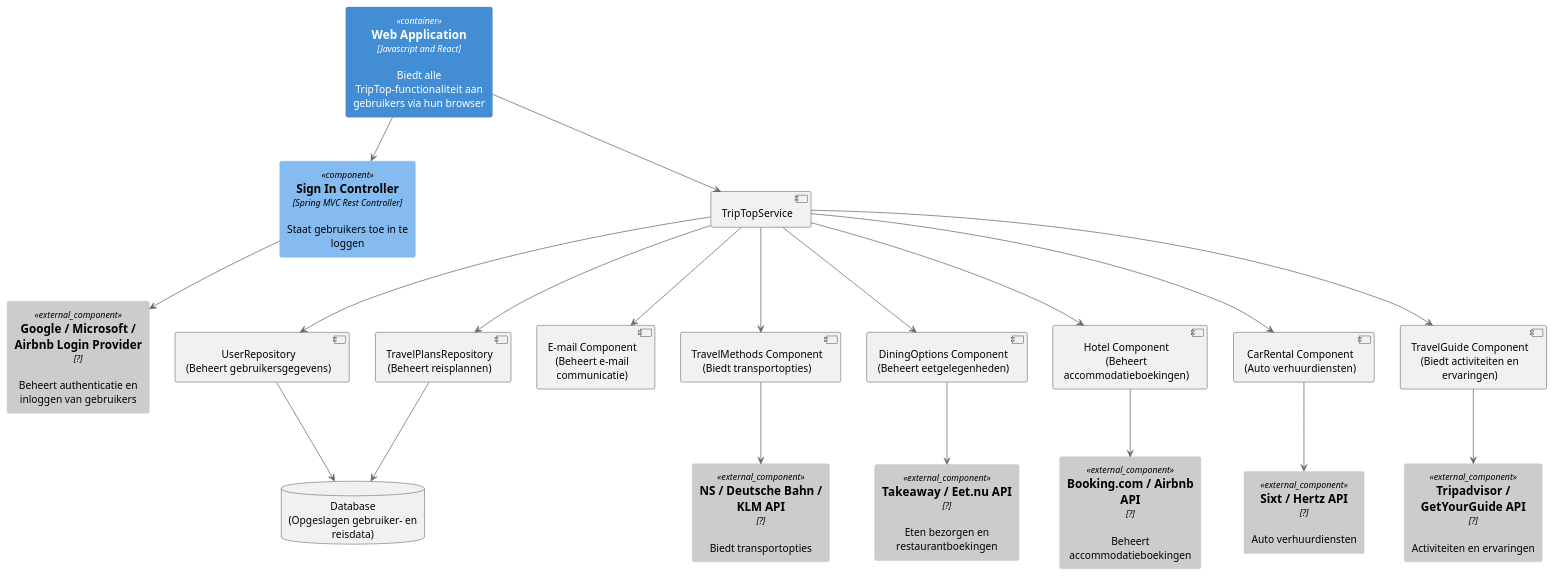
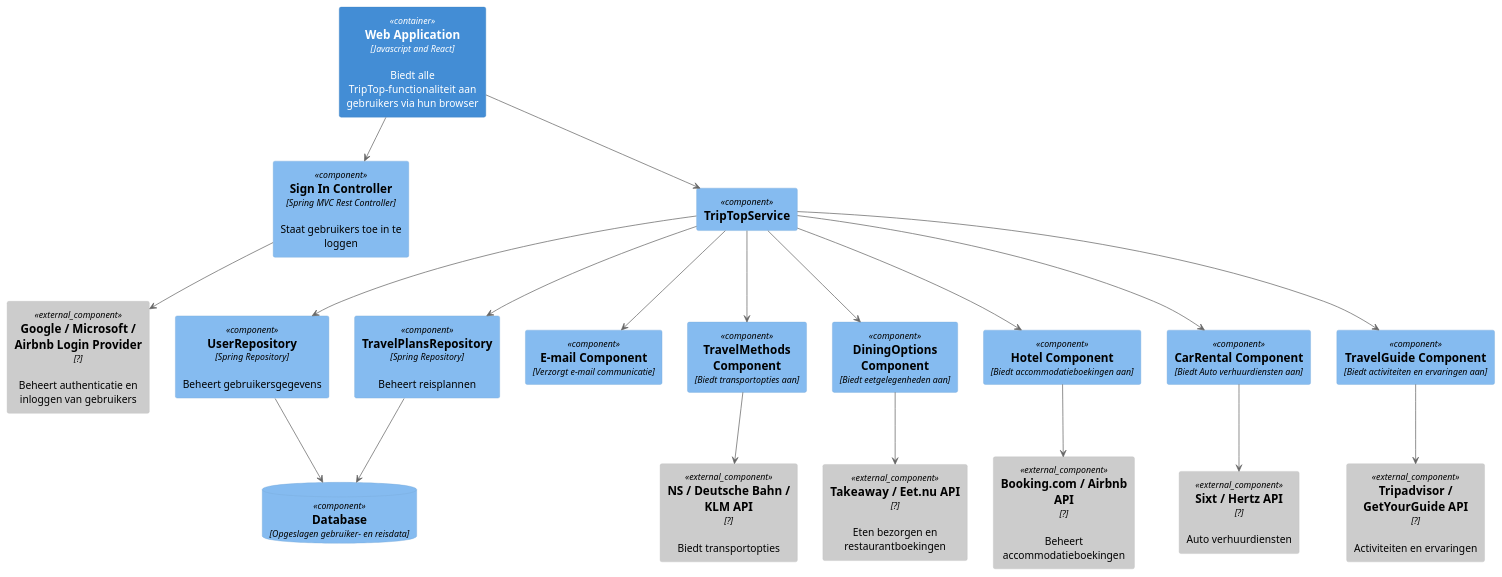
Before and after one commit to AIM-ENE-feb25/triptop-groep-3: the diagram in opdracht-diagrammen/C4 Component/Component Diagram Jordy.puml, drawn with PlantUML.

Commit message:
Component Merge
Adds updates of component diagram

```diff
--- a/opdracht-diagrammen/C4 Component/Component Diagram Jordy.puml
+++ b/opdracht-diagrammen/C4 Component/Component Diagram Jordy.puml
@@ -1,44 +1,44 @@
 @startuml
 !include https://raw.githubusercontent.com/plantuml-stdlib/C4-PlantUML/master/C4_Component.puml
 
-Container(WebApp, "Web Application", Javascript and React, Biedt alle TripTop-functionaliteit aan gebruikers via hun browser)
+Container(WebApp, Web Application, Javascript and React, Biedt alle TripTop-functionaliteit aan gebruikers via hun browser)
 Component(SignIn, Sign In Controller, Spring MVC Rest Controller, Staat gebruikers toe in te loggen)
-component "TripTopService" as Service
-component "UserRepository\n(Beheert gebruikersgegevens)" as UserRepo
-component "TravelPlansRepository\n(Beheert reisplannen)" as PlansRepo
-database "Database\n(Opgeslagen gebruiker- en reisdata)" as DB
-component "E-mail Component\n(Beheert e-mail communicatie)" as Email
-component "TravelMethods Component\n(Biedt transportopties)" as TravelMethods
-component "DiningOptions Component\n(Beheert eetgelegenheden)" as DiningOptions
-component "Hotel Component\n(Beheert accommodatieboekingen)" as Hotel
-component "CarRental Component\n(Auto verhuurdiensten)" as CarRental
-component "TravelGuide Component\n(Biedt activiteiten en ervaringen)" as TravelGuide
+Component(Service, TripTopService)
+Component(UserRepo, UserRepository, Spring Repository, Beheert gebruikersgegevens)
+Component(PlansRepo, TravelPlansRepository, Spring Repository, Beheert reisplannen)
+ComponentDb(DB, Database, Opgeslagen gebruiker- en reisdata)
+Component(Email, E-mail Component, Verzorgt e-mail communicatie)
+Component(TravelMethods, TravelMethods Component, Biedt transportopties aan)
+Component(DiningOptions, DiningOptions Component, Biedt eetgelegenheden aan)
+Component(Hotel, Hotel Component, Biedt accommodatieboekingen aan)
+Component(CarRental, CarRental Component, Biedt Auto verhuurdiensten aan)
+Component(TravelGuide, TravelGuide Component, Biedt activiteiten en ervaringen aan)
 
 Component_Ext(BookingAPI, "Booking.com / Airbnb API", ? ,"Beheert accommodatieboekingen")
 Component_Ext(TransportAPI, "NS / Deutsche Bahn / KLM API", ? ,"Biedt transportopties")
 Component_Ext(RentalAPI, Sixt / Hertz API, ? ,"Auto verhuurdiensten")
 Component_Ext(GuideAPI, Tripadvisor / GetYourGuide API, ? ,"Activiteiten en ervaringen")
 Component_Ext(DiningAPI, Takeaway / Eet.nu API, ? ,"Eten bezorgen en restaurantboekingen")
 Component_Ext(LoginProvider, "Google / Microsoft / Airbnb Login Provider", ?, "Beheert authenticatie en inloggen van gebruikers")
 
 WebApp --> SignIn
 WebApp --> Service
 Service --> UserRepo
 Service --> PlansRepo
 Service --> Email
 Service --> TravelMethods
 Service --> DiningOptions
 Service --> Hotel
 Service --> CarRental
 Service --> TravelGuide
 
 UserRepo --> DB
 PlansRepo --> DB
 
 TravelMethods --> TransportAPI
 CarRental --> RentalAPI
 DiningOptions --> DiningAPI
 Hotel --> BookingAPI
 TravelGuide --> GuideAPI
 SignIn --> LoginProvider
 @enduml
```
